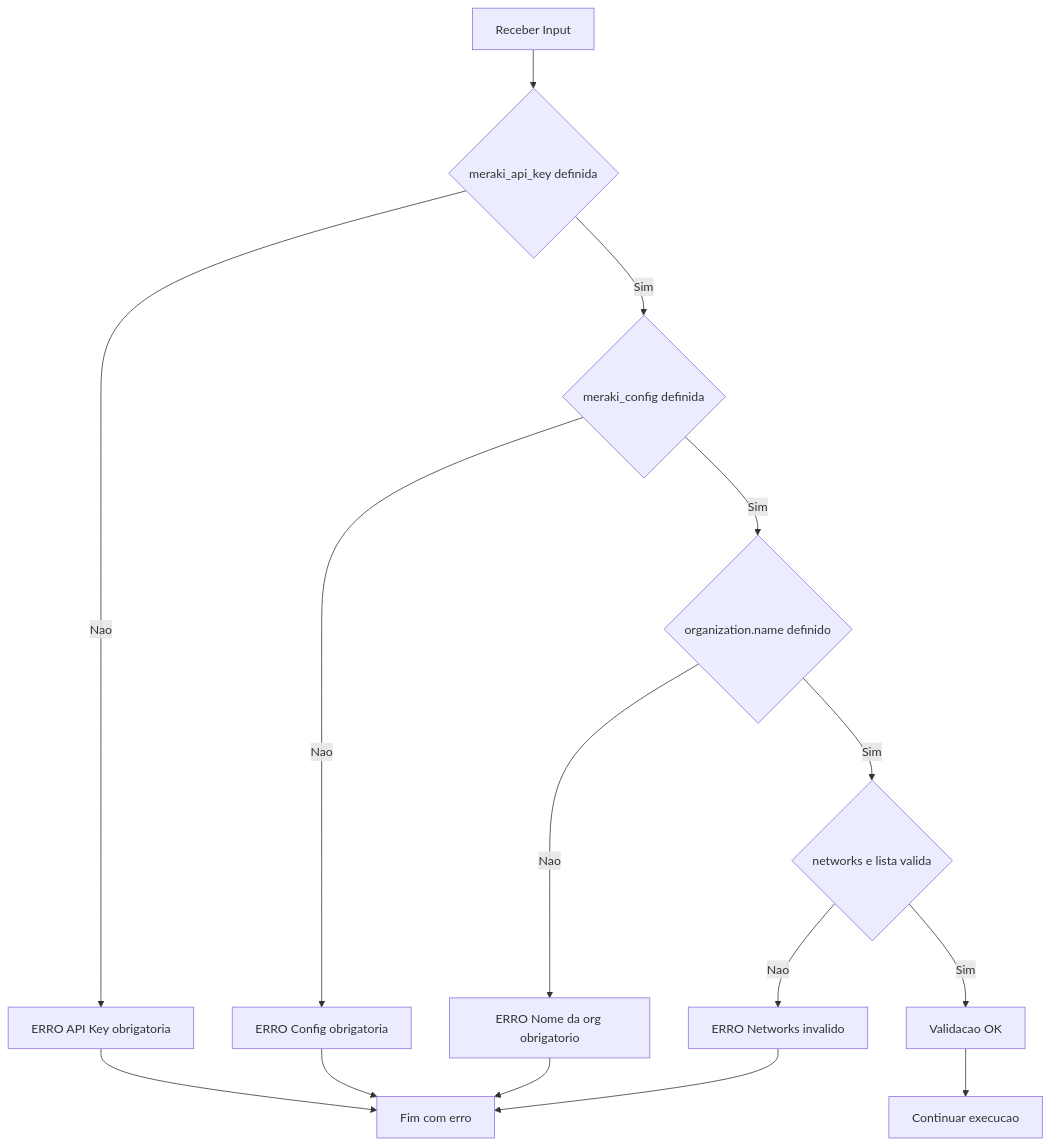
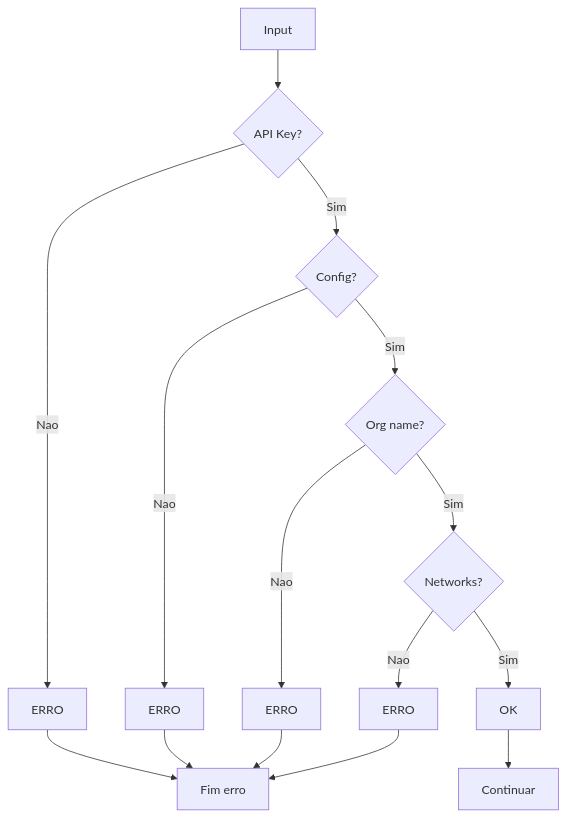
The tenth of 11 diagrams in docs/system-modeling.md (rodrigo-freitas-com/meraki-ansible), drawn with Mermaid before and after one commit. The commit also changed other lines of this file and 3 other files, not shown here.

````diff
--- a/docs/system-modeling.md
+++ b/docs/system-modeling.md
@@ -374,23 +351,17 @@
 ```mermaid
 flowchart TD
-    A[Receber Input] --> B{meraki_api_key definida}
-
-    B -->|Nao| C[ERRO API Key obrigatoria]
-    B -->|Sim| D{meraki_config definida}
-
-    D -->|Nao| E[ERRO Config obrigatoria]
-    D -->|Sim| F{organization.name definido}
-
-    F -->|Nao| G[ERRO Nome da org obrigatorio]
-    F -->|Sim| H{networks e lista valida}
-
-    H -->|Nao| I[ERRO Networks invalido]
-    H -->|Sim| J[Validacao OK]
-
-    J --> K[Continuar execucao]
-
-    C --> L[Fim com erro]
+    A[Input] --> B{API Key?}
+    B -->|Nao| C[ERRO]
+    B -->|Sim| D{Config?}
+    D -->|Nao| E[ERRO]
+    D -->|Sim| F{Org name?}
+    F -->|Nao| G[ERRO]
+    F -->|Sim| H{Networks?}
+    H -->|Nao| I[ERRO]
+    H -->|Sim| J[OK]
+    J --> K[Continuar]
+    C --> L[Fim erro]
     E --> L
     G --> L
     I --> L
 ```
````
